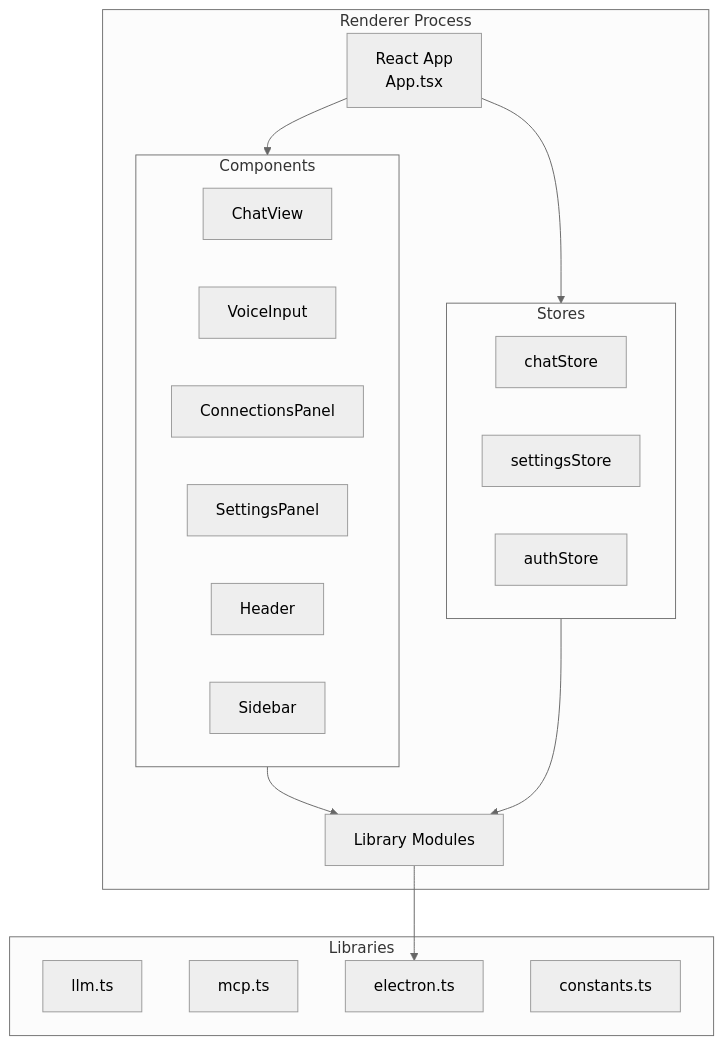
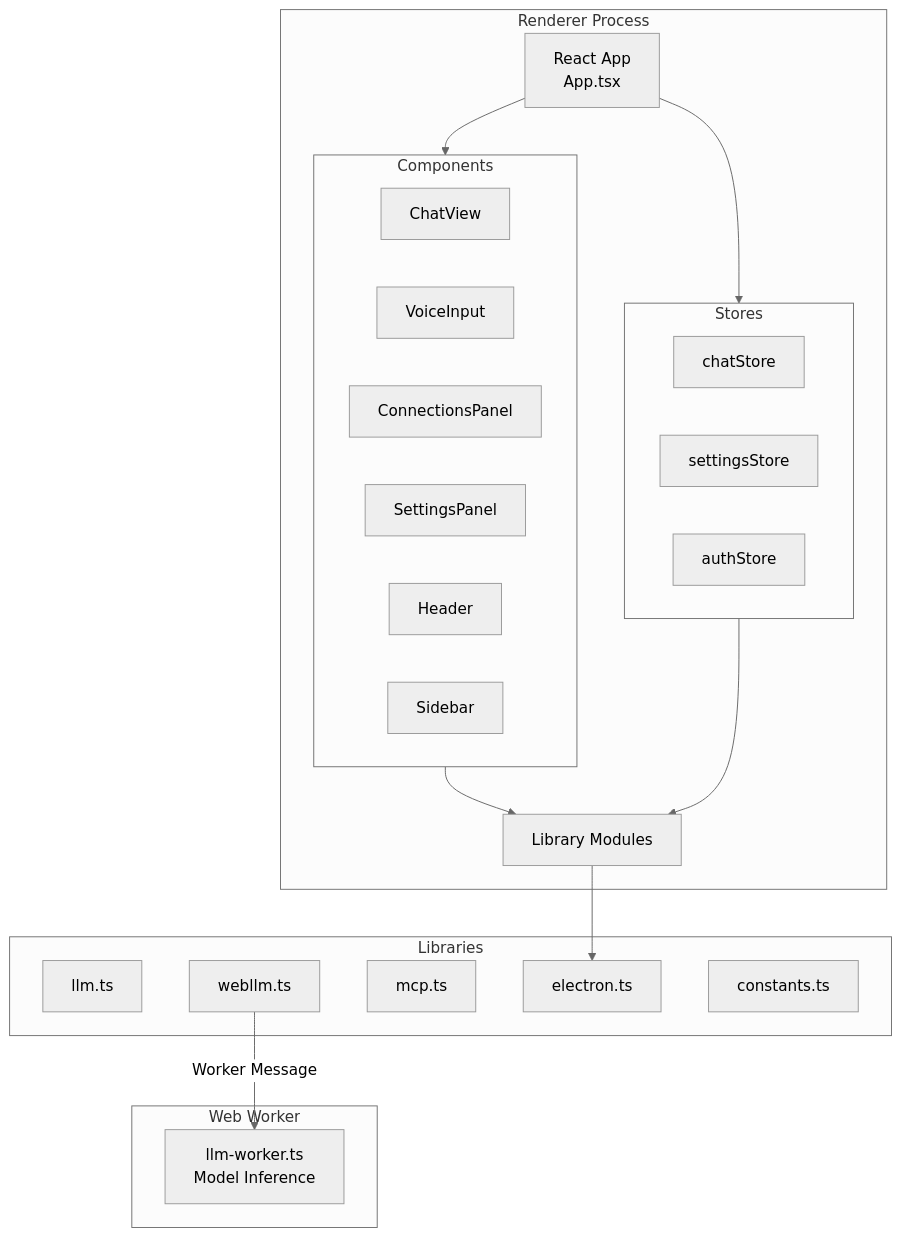
Before and after one commit to meharajM/ai-worker.app: the fourth of 21 diagrams in architecture.md, drawn with Mermaid (neutral theme). The commit also changed other lines of this file and 10 other files, not shown here.

````diff
--- a/architecture.md
+++ b/architecture.md
@@ -132,37 +132,44 @@
 ```mermaid
 graph TB
     subgraph "Renderer Process"
         ReactApp[React App<br/>App.tsx]
         Components[UI Components]
         Stores[Zustand Stores]
         Lib[Library Modules]
     end
 
     subgraph "Components"
         ChatView[ChatView]
         VoiceInput[VoiceInput]
         ConnectionsPanel[ConnectionsPanel]
         SettingsPanel[SettingsPanel]
         Header[Header]
         Sidebar[Sidebar]
     end
 
     subgraph "Stores"
         ChatStore[chatStore]
         SettingsStore[settingsStore]
         AuthStore[authStore]
     end
 
     subgraph "Libraries"
         LLMLib[llm.ts]
+        WebLLMLib[webllm.ts]
         MCPLib[mcp.ts]
         ElectronLib[electron.ts]
         Constants[constants.ts]
     end
 
     ReactApp --> Components
     ReactApp --> Stores
     Components --> Lib
     Stores --> Lib
     Lib --> ElectronLib
+    
+    subgraph "Web Worker"
+        LLMWorker[llm-worker.ts<br/>Model Inference]
+    end
+    
+    WebLLMLib -->|Worker Message| LLMWorker
 ```
````
